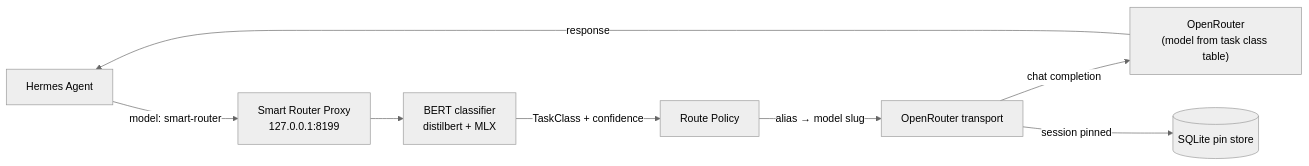
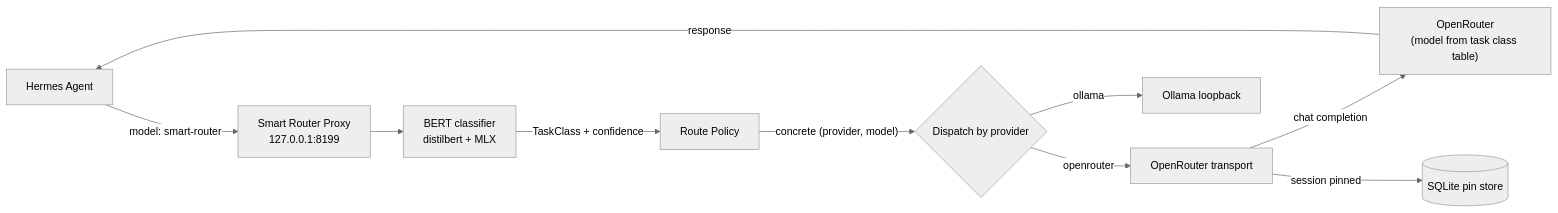
Before and after one commit to KevinOBytes/smart-router-proxy: the diagram in README.md, drawn with Mermaid (neutral theme). The commit also changed other lines of this file and 15 other files, not shown here.

First line of the commit message:
refactor: remove alias layer, route to concrete (provider, model) destinations

````diff
--- a/README.md
+++ b/README.md
@@ -249,10 +258,12 @@
 ```mermaid
 flowchart LR
     H[Hermes Agent] -- "model: smart-router" --> P[Smart Router Proxy<br/>127.0.0.1:8199]
     P --> B[BERT classifier<br/>distilbert + MLX]
     B -- "TaskClass + confidence" --> R[Route Policy]
-    R -- "alias → model slug" --> T[OpenRouter transport]
+    R -- "concrete (provider, model)" --> D{Dispatch by provider}
+    D -- "openrouter" --> T[OpenRouter transport]
+    D -- "ollama" --> OL[Ollama loopback]
     T -- "chat completion" --> O["OpenRouter<br/>(model from task class table)"]
     T -- "session pinned" --> S[(SQLite pin store)]
     O -- "response" --> H
 ```
````
